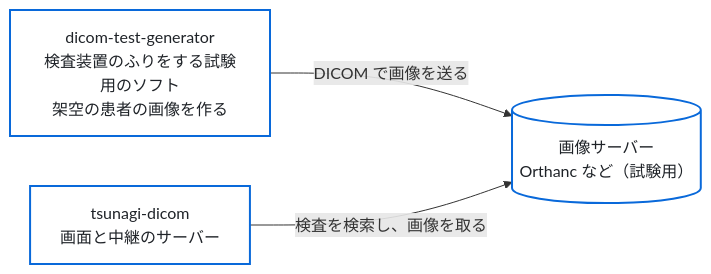
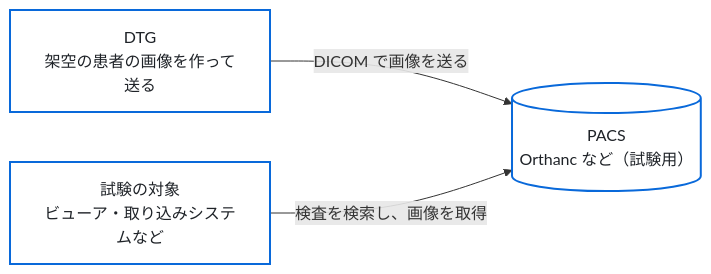
The second of 2 diagrams in docs/architecture.md (jeysunit/dicom-test-generator), drawn with Mermaid before and after one commit. The commit also changed other lines of this file and 131 other files, not shown here.

````diff
--- a/docs/architecture.md
+++ b/docs/architecture.md
@@ -52,11 +48,11 @@
 ```mermaid
 flowchart LR
   classDef box fill:#ffffff,stroke:#0969da,stroke-width:2px,color:#1f2328
 
-  DTG["dicom-test-generator<br/>検査装置のふりをする試験用のソフト<br/>架空の患者の画像を作る"]:::box
-  PACS[("画像サーバー<br/>Orthanc など（試験用）")]:::box
-  TD["tsunagi-dicom<br/>画面と中継のサーバー"]:::box
+  DTG["DTG<br/>架空の患者の画像を作って送る"]:::box
+  PACS[("PACS<br/>Orthanc など（試験用）")]:::box
+  TARGET["試験の対象<br/>ビューア・取り込みシステムなど"]:::box
 
   DTG -->|"DICOM で画像を送る"| PACS
-  TD -->|"検査を検索し、画像を取る"| PACS
+  TARGET -->|"検査を検索し、画像を取得"| PACS
 ```
````
